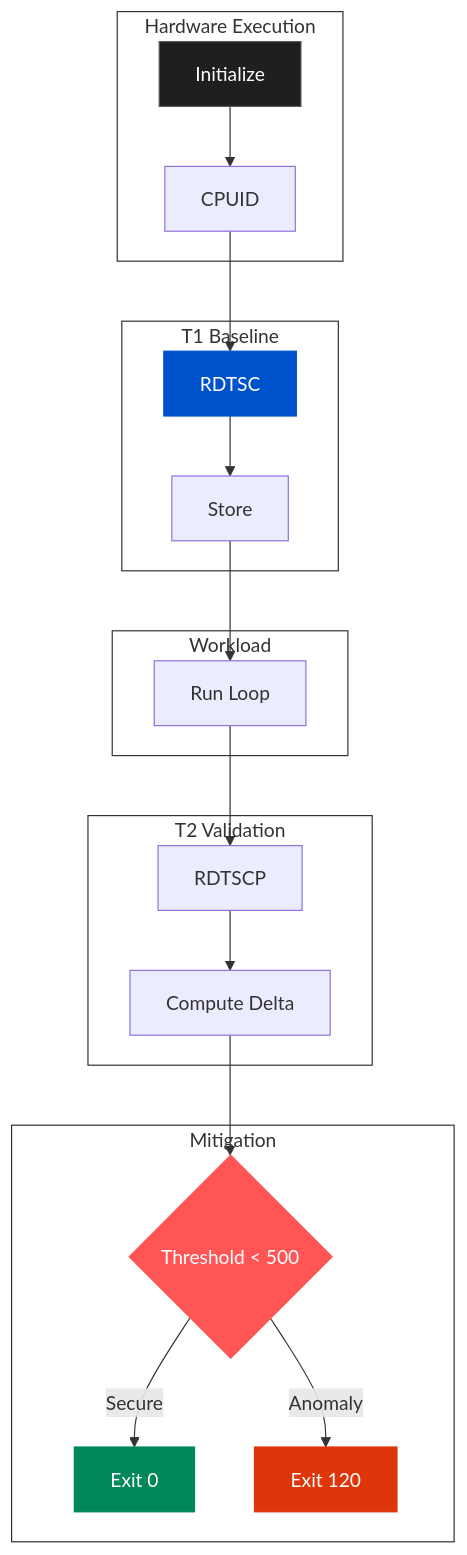
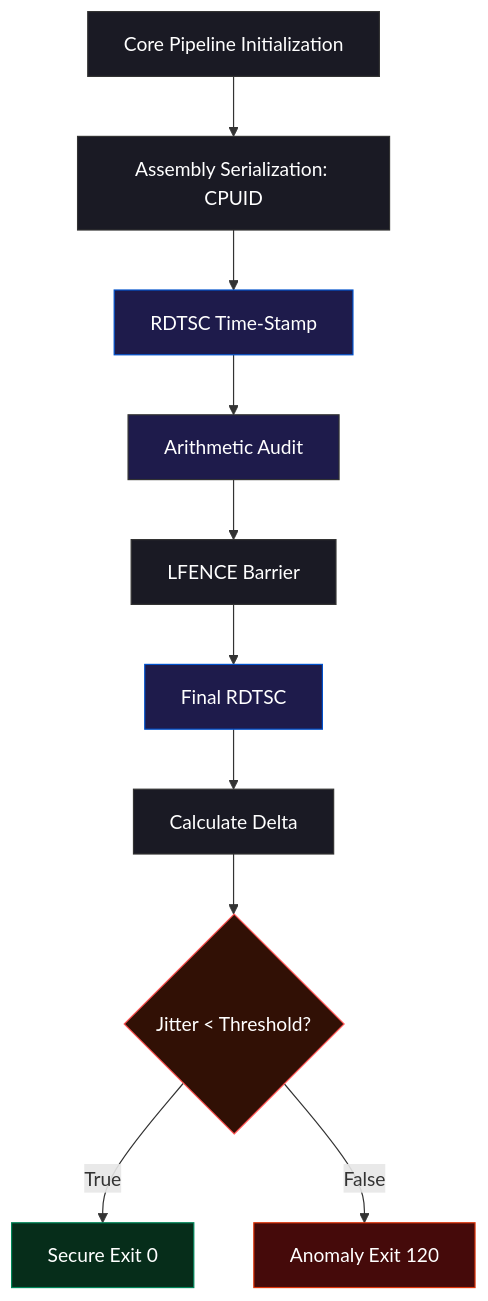
One commit to boutaba-motezeballah/Boutaba-Kernel-Jitter-Clock-Verifier changed the diagram in README.md. Above: the diagram before and after it, drawn with Mermaid.

````diff
--- a/README.md
+++ b/README.md
@@ -13,35 +13,23 @@
 ```mermaid
 graph TD
-    subgraph Layer0 [Hardware Execution]
-        Init[Initialize] --> Barrier1[CPUID]
-    end
-    subgraph Layer1 [T1 Baseline]
-        Barrier1 --> T1_Fetch[RDTSC]
-        T1_Fetch --> T1_Store[Store]
-    end
-    subgraph Layer2 [Workload]
-        T1_Store --> Loop[Run Loop]
-    end
-    subgraph Layer3 [T2 Validation]
-        Loop --> Barrier2[RDTSCP]
-        Barrier2 --> Delta[Compute Delta]
-    end
-    subgraph Layer4 [Mitigation]
-        Delta --> Gate{Threshold < 500}
-        Gate -->|Secure| Exit_Clean[Exit 0]
-        Gate -->|Anomaly| Exit_Mitigate[Exit 120]
-    end
+    A[Core Pipeline Initialization] --> B[Assembly Serialization: CPUID]
+    B --> C[RDTSC Time-Stamp]
+    C --> D[Arithmetic Audit]
+    D --> E[LFENCE Barrier]
+    E --> F[Final RDTSC]
+    F --> G[Calculate Delta]
+    G --> H{Jitter < Threshold?}
+    H -->|True| I[Secure Exit 0]
+    H -->|False| J[Anomaly Exit 120]
 
-    %% إزالة الخلفية الرمادية وتثبيت الألوان
-    style Layer0 fill:none,stroke:#333
-    style Layer1 fill:none,stroke:#333
-    style Layer2 fill:none,stroke:#333
-    style Layer3 fill:none,stroke:#333
-    style Layer4 fill:none,stroke:#333
-
-    style Init fill:#1f1f1f,stroke:#555,color:#fff
-    style T1_Fetch fill:#0052cc,stroke:#0052cc,color:#fff
-    style Gate fill:#ff5555,stroke:#ff5555,color:#fff
-    style Exit_Clean fill:#00875a,stroke:#00875a,color:#fff
-    style Exit_Mitigate fill:#de350b,stroke:#de350b,color:#fff
+    style A fill:#1a1a24,stroke:#333,color:#fff
+    style B fill:#1a1a24,stroke:#333,color:#fff
+    style C fill:#1e1b4b,stroke:#0052cc,color:#fff
+    style D fill:#1e1b4b,stroke:#333,color:#fff
+    style E fill:#1a1a24,stroke:#333,color:#fff
+    style F fill:#1e1b4b,stroke:#0052cc,color:#fff
+    style G fill:#1a1a24,stroke:#333,color:#fff
+    style H fill:#311005,stroke:#ff5555,color:#fff
+    style I fill:#062d1a,stroke:#00875a,color:#fff
+    style J fill:#450a0a,stroke:#de350b,color:#fff
 ```
````
